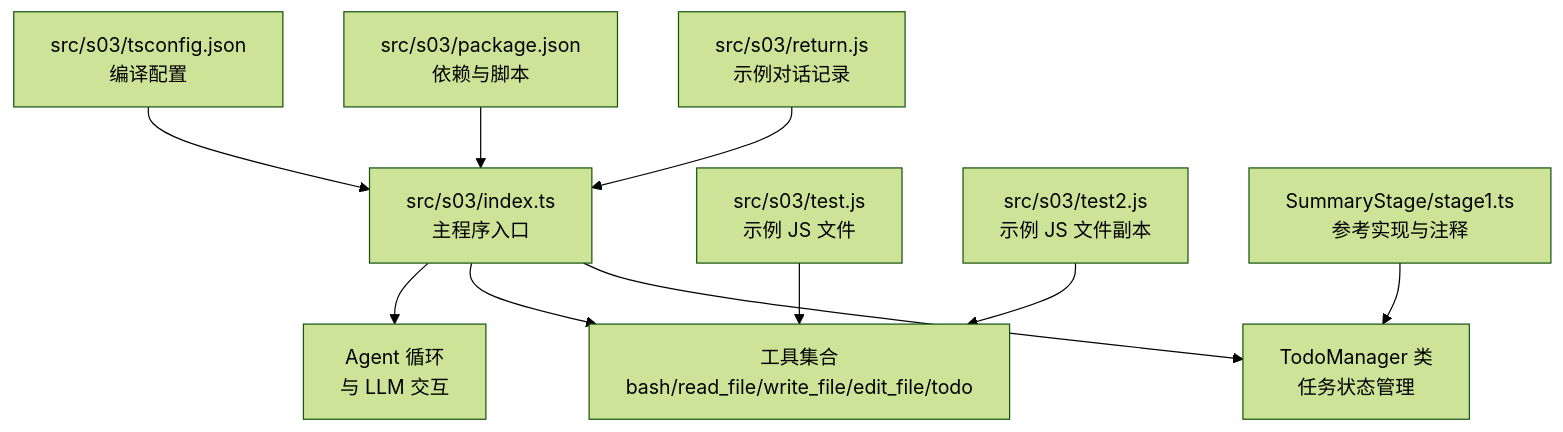
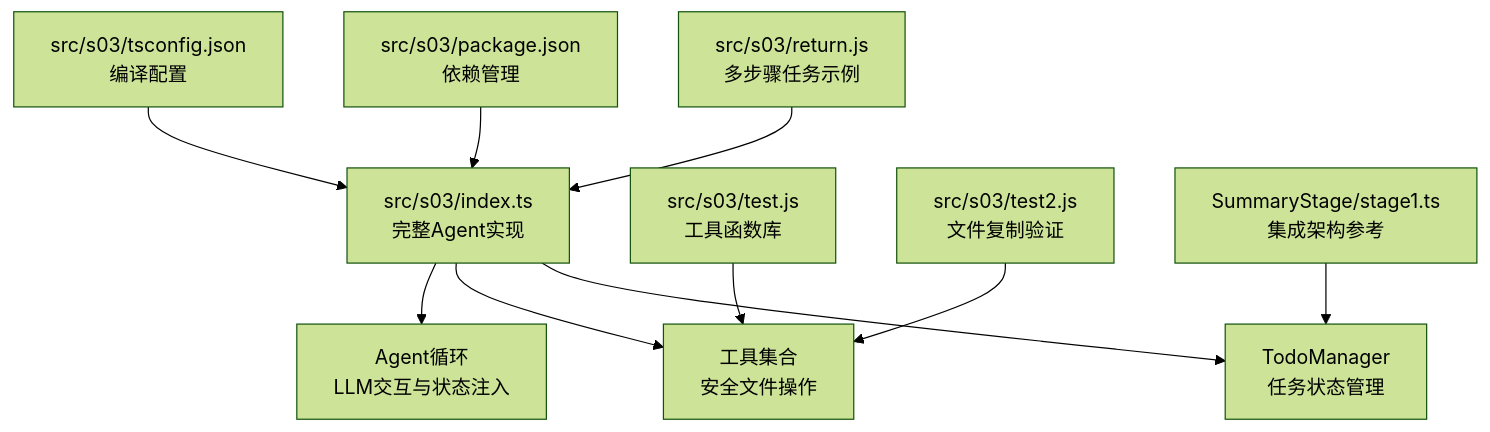
One commit to eurekaYYzero/Mini-Claude-Code changed the first of 6 diagrams in .qoder/repowiki/zh/content/渐进式学习教程/阶段三：任务规划管理.md. Above: the diagram before and after it, drawn with Mermaid (forest theme). The commit also changed other lines of this file and 5 other files, not shown here.

````diff
--- a/.qoder/repowiki/zh/content/渐进式学习教程/阶段三：任务规划管理.md
+++ b/.qoder/repowiki/zh/content/渐进式学习教程/阶段三：任务规划管理.md
@@ -36,12 +47,12 @@
 ```mermaid
 graph TB
-A["src/s03/index.ts<br/>主程序入口"] --> B["TodoManager 类<br/>任务状态管理"]
-A --> C["工具集合<br/>bash/read_file/write_file/edit_file/todo"]
-A --> D["Agent 循环<br/>与 LLM 交互"]
-E["src/s03/return.js<br/>示例对话记录"] --> A
-F["src/s03/test.js<br/>示例 JS 文件"] --> C
-G["src/s03/test2.js<br/>示例 JS 文件副本"] --> C
-H["src/s03/package.json<br/>依赖与脚本"] --> A
+A["src/s03/index.ts<br/>完整Agent实现"] --> B["TodoManager<br/>任务状态管理"]
+A --> C["工具集合<br/>安全文件操作"]
+A --> D["Agent循环<br/>LLM交互与状态注入"]
+E["src/s03/return.js<br/>多步骤任务示例"] --> A
+F["src/s03/test.js<br/>工具函数库"] --> C
+G["src/s03/test2.js<br/>文件复制验证"] --> C
+H["src/s03/package.json<br/>依赖管理"] --> A
 I["src/s03/tsconfig.json<br/>编译配置"] --> A
-J["SummaryStage/stage1.ts<br/>参考实现与注释"] --> B
+J["SummaryStage/stage1.ts<br/>集成架构参考"] --> B
 ```
````
